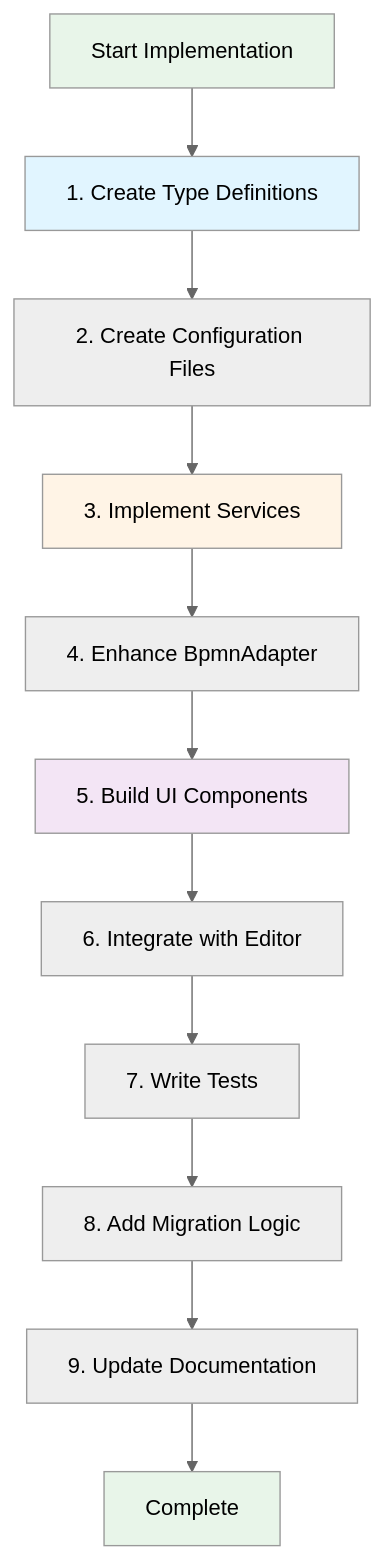
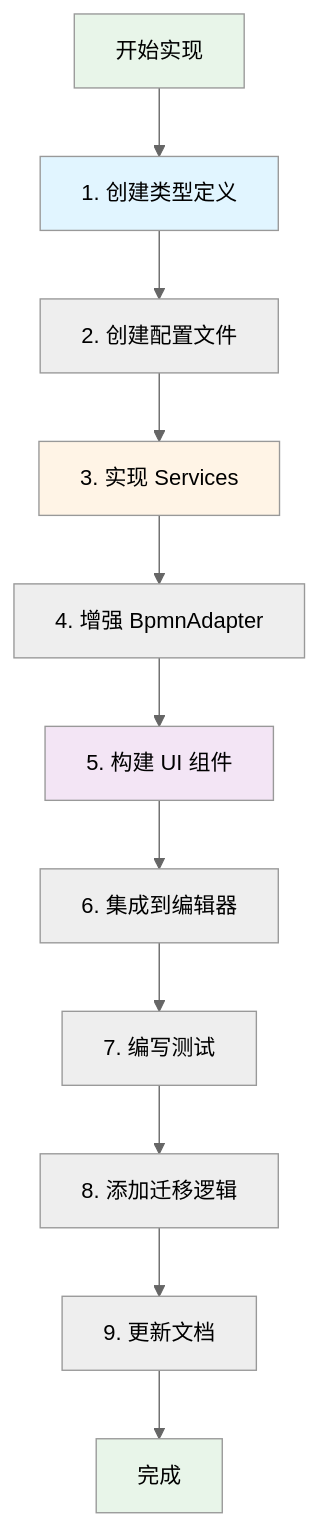
The first of 2 diagrams in openspec/changes/archive/2025-12-19-add-lifecycle-operations-foundation/IMPLEMENTATION_GUIDE.md (liushuai0109/workflow-engine), drawn with Mermaid (neutral theme) before and after one commit. The commit also changed other lines of this file and 12 other files, not shown here.

````diff
--- a/openspec/changes/archive/2025-12-19-add-lifecycle-operations-foundation/IMPLEMENTATION_GUIDE.md
+++ b/openspec/changes/archive/2025-12-19-add-lifecycle-operations-foundation/IMPLEMENTATION_GUIDE.md
@@ -23,19 +23,19 @@
 ```mermaid
 graph TD
-    Start[Start Implementation] --> Types[1. Create Type Definitions]
-    Types --> Config[2. Create Configuration Files]
-    Config --> Services[3. Implement Services]
-    Services --> Adapter[4. Enhance BpmnAdapter]
-    Adapter --> Components[5. Build UI Components]
-    Components --> Integration[6. Integrate with Editor]
-    Integration --> Tests[7. Write Tests]
-    Tests --> Migration[8. Add Migration Logic]
-    Migration --> Docs[9. Update Documentation]
-    Docs --> End[Complete]
+    Start[开始实现] --> Types[1. 创建类型定义]
+    Types --> Config[2. 创建配置文件]
+    Config --> Services[3. 实现 Services]
+    Services --> Adapter[4. 增强 BpmnAdapter]
+    Adapter --> Components[5. 构建 UI 组件]
+    Components --> Integration[6. 集成到编辑器]
+    Integration --> Tests[7. 编写测试]
+    Tests --> Migration[8. 添加迁移逻辑]
+    Migration --> Docs[9. 更新文档]
+    Docs --> End[完成]
 
     style Start fill:#e8f5e9
     style End fill:#e8f5e9
     style Types fill:#e1f5ff
     style Services fill:#fff4e6
     style Components fill:#f3e5f5
 ```
````
